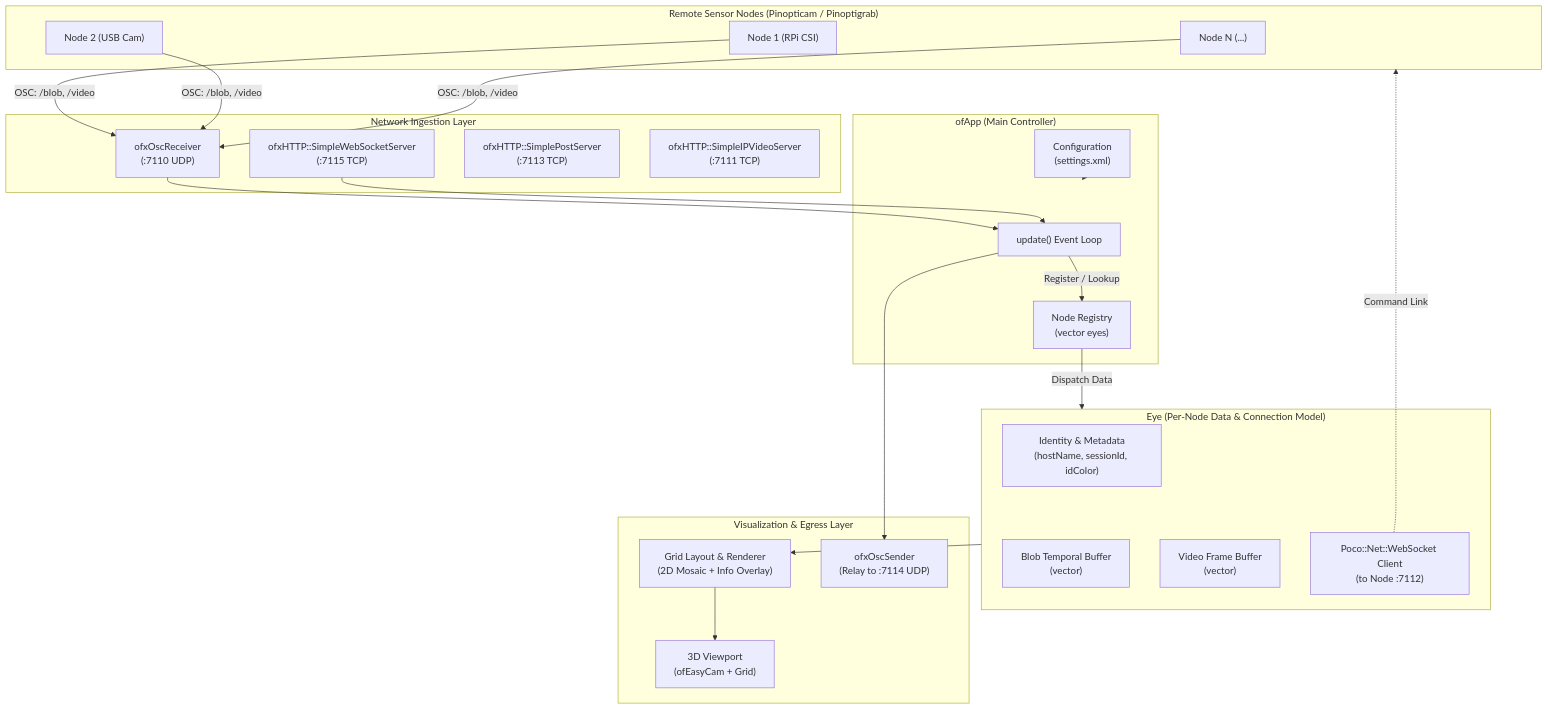
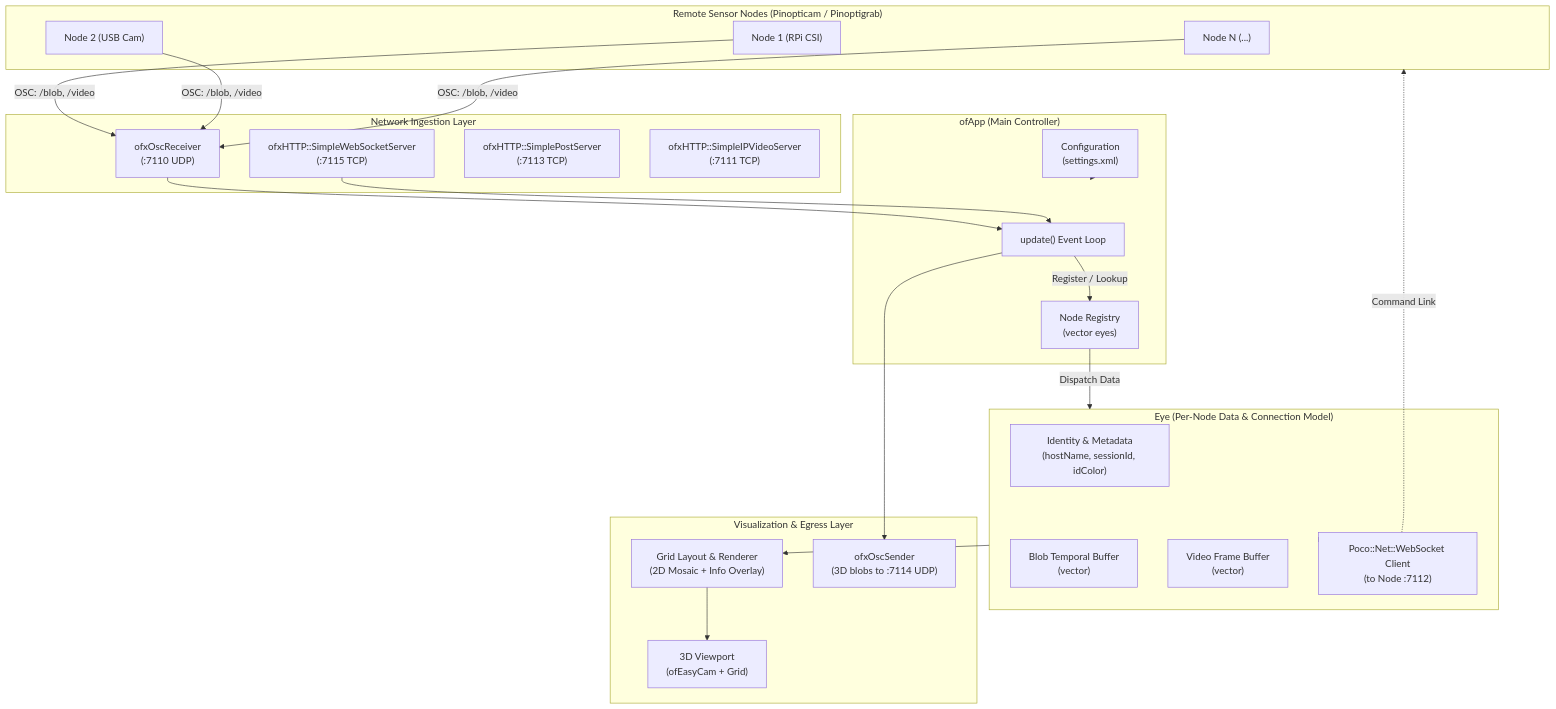
The first of 2 diagrams in ARCHITECTURE.md (n1ckfg/Pinopticap), drawn with Mermaid before and after one commit. The commit also changed other lines of this file and 46 other files, not shown here.

````diff
--- a/ARCHITECTURE.md
+++ b/ARCHITECTURE.md
@@ -38,52 +38,52 @@
 ```mermaid
 flowchart TD
     subgraph RemoteNodes["Remote Sensor Nodes (Pinopticam / Pinoptigrab)"]
         Cam1["Node 1 (RPi CSI)"]
         Cam2["Node 2 (USB Cam)"]
         CamN["Node N (...)"]
     end
 
     subgraph NetworkLayer["Network Ingestion Layer"]
         OscReceiver["ofxOscReceiver\n(:7110 UDP)"]
         WsServer["ofxHTTP::SimpleWebSocketServer\n(:7115 TCP)"]
         PostServer["ofxHTTP::SimplePostServer\n(:7113 TCP)"]
         MjpegServer["ofxHTTP::SimpleIPVideoServer\n(:7111 TCP)"]
     end
 
     subgraph CoreApp["ofApp (Main Controller)"]
         EventLoop["update() Event Loop"]
         NodeRegistry["Node Registry\n(vector<Eye> eyes)"]
         SettingsMgr["Configuration\n(settings.xml)"]
     end
 
     subgraph EyeAbstraction["Eye (Per-Node Data & Connection Model)"]
         EyeState["Identity & Metadata\n(hostName, sessionId, idColor)"]
         BlobBuffer["Blob Temporal Buffer\n(vector<EyeBlobSequence>)"]
         VideoBuffer["Video Frame Buffer\n(vector<EyeVideo>)"]
         WsClient["Poco::Net::WebSocket Client\n(to Node :7112)"]
     end
 
     subgraph OutputLayer["Visualization & Egress Layer"]
         GridRenderer["Grid Layout & Renderer\n(2D Mosaic + Info Overlay)"]
         Camera3D["3D Viewport\n(ofEasyCam + Grid)"]
-        OscSender["ofxOscSender\n(Relay to :7114 UDP)"]
+        OscSender["ofxOscSender\n(3D blobs to :7114 UDP)"]
     end
 
     Cam1 -->|OSC: /blob, /video| OscReceiver
     Cam2 -->|OSC: /blob, /video| OscReceiver
     CamN -->|OSC: /blob, /video| OscReceiver
 
     OscReceiver --> EventLoop
     WsServer --> EventLoop
     SettingsMgr --> CoreApp
 
     EventLoop -->|Register / Lookup| NodeRegistry
     NodeRegistry -->|Dispatch Data| EyeAbstraction
 
     EyeAbstraction --> WsClient
     WsClient -.->|Command Link| RemoteNodes
 
     EyeAbstraction --> GridRenderer
     GridRenderer --> Camera3D
     EventLoop --> OscSender
 ```
````
